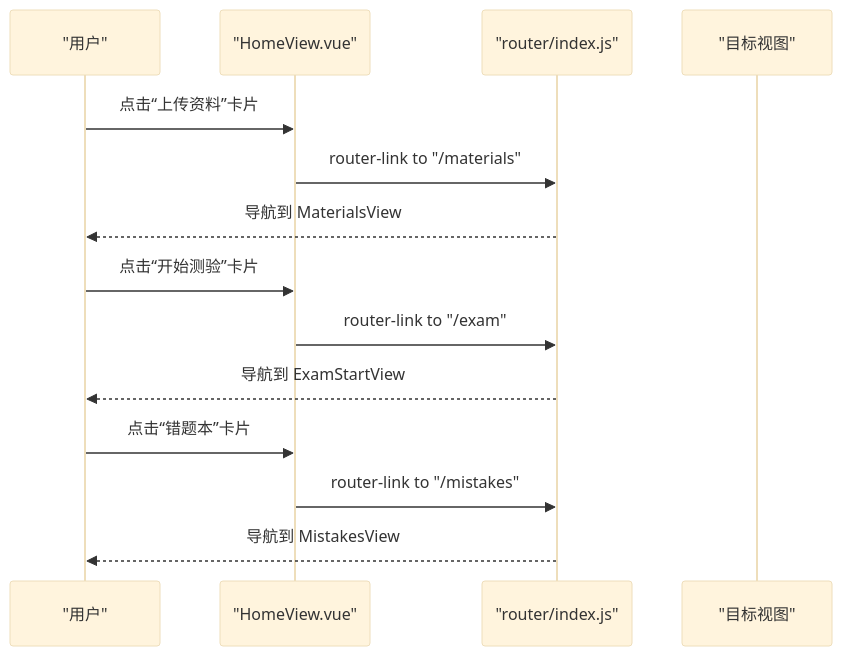
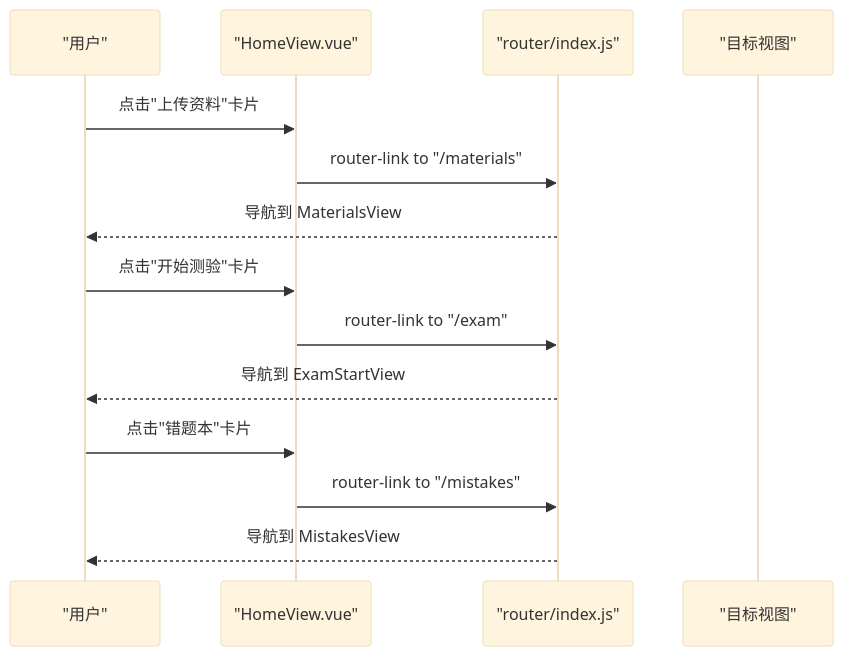
The fifth of 8 diagrams in .qoder/repowiki/zh/content/前端应用架构/视图组件/主页组件.md (zhiwenli-jack/personal-learning-manager), drawn with Mermaid (base theme) before and after one commit. The commit also changed other lines of this file and 20 other files, not shown here.

````diff
--- a/.qoder/repowiki/zh/content/前端应用架构/视图组件/主页组件.md
+++ b/.qoder/repowiki/zh/content/前端应用架构/视图组件/主页组件.md
@@ -168,16 +276,16 @@
 ```mermaid
 sequenceDiagram
 participant U as "用户"
 participant H as "HomeView.vue"
 participant R as "router/index.js"
 participant M as "目标视图"
-U->>H : 点击“上传资料”卡片
+U->>H : 点击"上传资料"卡片
 H->>R : router-link to "/materials"
 R-->>U : 导航到 MaterialsView
-U->>H : 点击“开始测验”卡片
+U->>H : 点击"开始测验"卡片
 H->>R : router-link to "/exam"
 R-->>U : 导航到 ExamStartView
-U->>H : 点击“错题本”卡片
+U->>H : 点击"错题本"卡片
 H->>R : router-link to "/mistakes"
 R-->>U : 导航到 MistakesView
 ```
````
